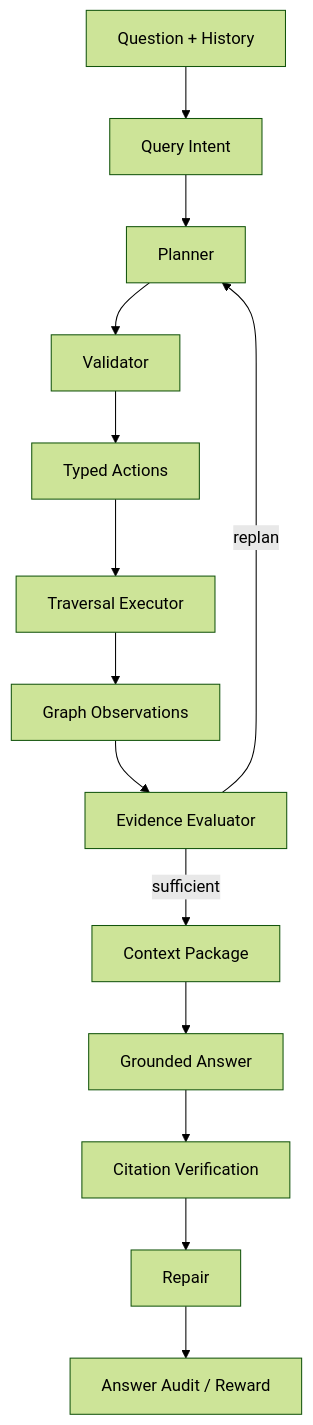
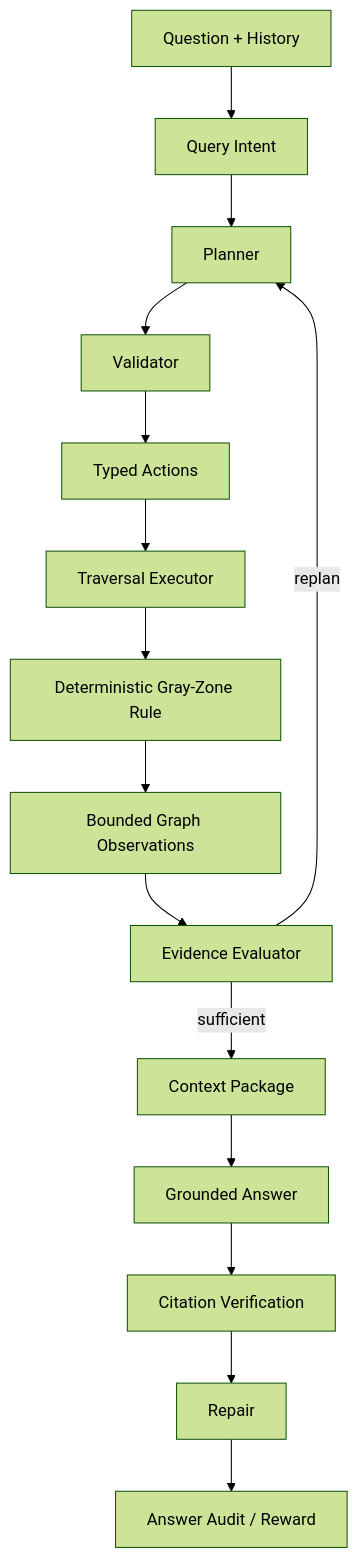
One commit to Sggggt/SymboGraph changed diagram 12 of 12 in docs/technical-spec.md. Above: the diagram before and after it, drawn with Mermaid (forest theme). The commit also changed other lines of this file and 257 other files, not shown here.

````diff
--- a/docs/technical-spec.md
+++ b/docs/technical-spec.md
@@ -2845,16 +3444,17 @@
 ```mermaid
 flowchart TB
     Q["Question + History"] --> I["Query Intent"]
     I --> P["Planner"]
     P --> V["Validator"]
     V --> ACT["Typed Actions"]
     ACT --> E["Traversal Executor"]
-    E --> OBS["Graph Observations"]
+    E --> GR["Deterministic Gray-Zone Rule"]
+    GR --> OBS["Bounded Graph Observations"]
     OBS --> EV["Evidence Evaluator"]
     EV -->|replan| P
     EV -->|sufficient| CP["Context Package"]
     CP --> ANS["Grounded Answer"]
     ANS --> CV["Citation Verification"]
     CV --> REP["Repair"]
     REP --> AUD["Answer Audit / Reward"]
 ```
````
